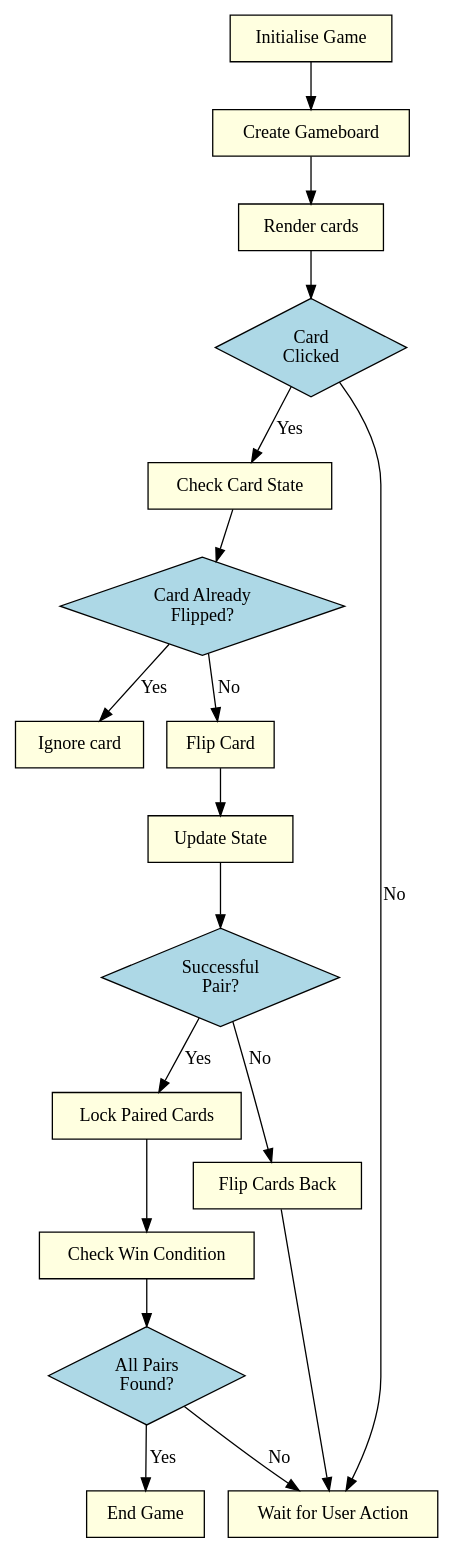
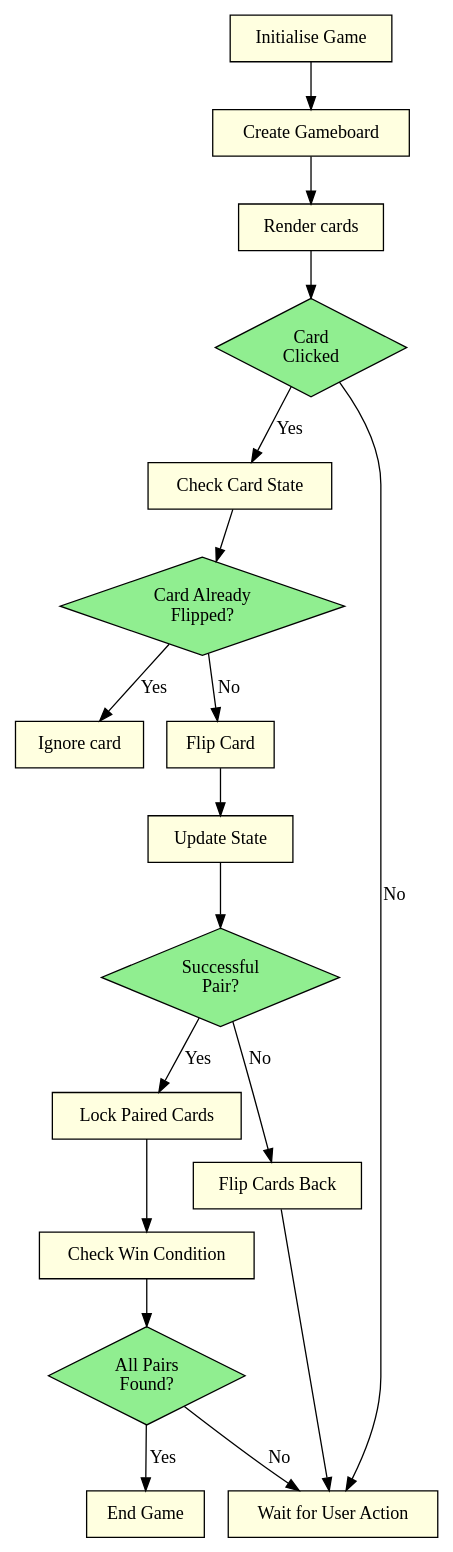
Before and after one commit to alexakode/reactmemorylight: the diagram in gameflow.dot, drawn with Graphviz.

Commit message:
changed colours in gameflow

```diff
--- a/gameflow.dot
+++ b/gameflow.dot
@@ -1,20 +1,20 @@
 digraph MemoryGame {
     node [shape=box, style=filled, fillcolor=lightyellow]
     "Initialise Game" -> "Create Gameboard" -> "Render cards" -> "Card\n Clicked";
-    "Card\n Clicked" [shape=diamond, fillcolor=lightblue];
+    "Card\n Clicked" [shape=diamond, fillcolor=lightgreen];
     "Card\n Clicked" -> "Check Card State" [label="Yes"];
     "Check Card State" -> "Card Already\n Flipped?";
-    "Card Already\n Flipped?" [shape=diamond, fillcolor=lightblue];
+    "Card Already\n Flipped?" [shape=diamond, fillcolor=lightgreen];
     "Card Already\n Flipped?" -> "Ignore card" [label="Yes"];
     "Card Already\n Flipped?" -> "Flip Card" [label="No"];
     "Flip Card" -> "Update State" -> "Successful\n Pair?";
-    "Successful\n Pair?" [shape=diamond, fillcolor=lightblue];
+    "Successful\n Pair?" [shape=diamond, fillcolor=lightgreen];
     "Successful\n Pair?" -> "Lock Paired Cards" [label="Yes"];
     "Lock Paired Cards" -> "Check Win Condition" -> "All Pairs\n Found?";
-    "All Pairs\n Found?" [shape=diamond, fillcolor=lightblue];
+    "All Pairs\n Found?" [shape=diamond, fillcolor=lightgreen];
     "All Pairs\n Found?" -> "End Game" [label="Yes"];
     "All Pairs\n Found?" -> "Wait for User Action" [label="No"];
     "Successful\n Pair?" -> "Flip Cards Back" [label="No"];
     "Flip Cards Back" -> "Wait for User Action";
     "Card\n Clicked" -> "Wait for User Action" [label="No"];
 }
```
